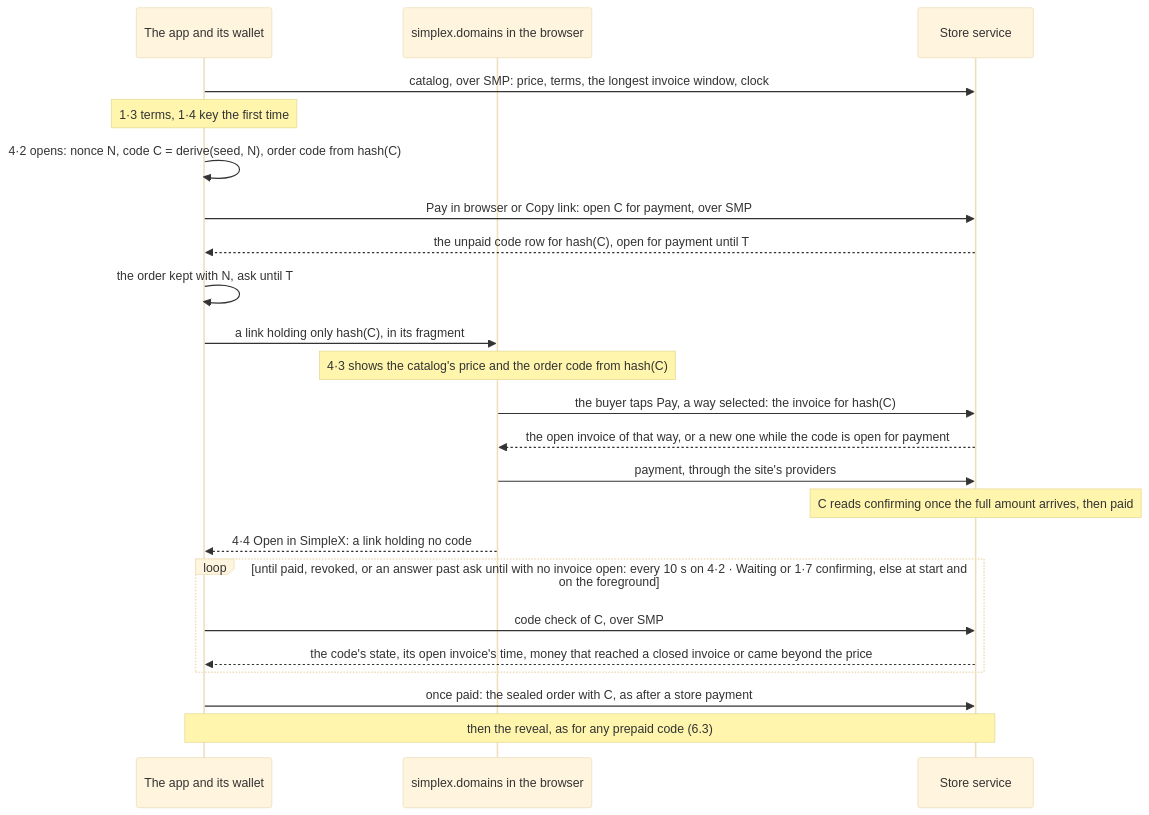
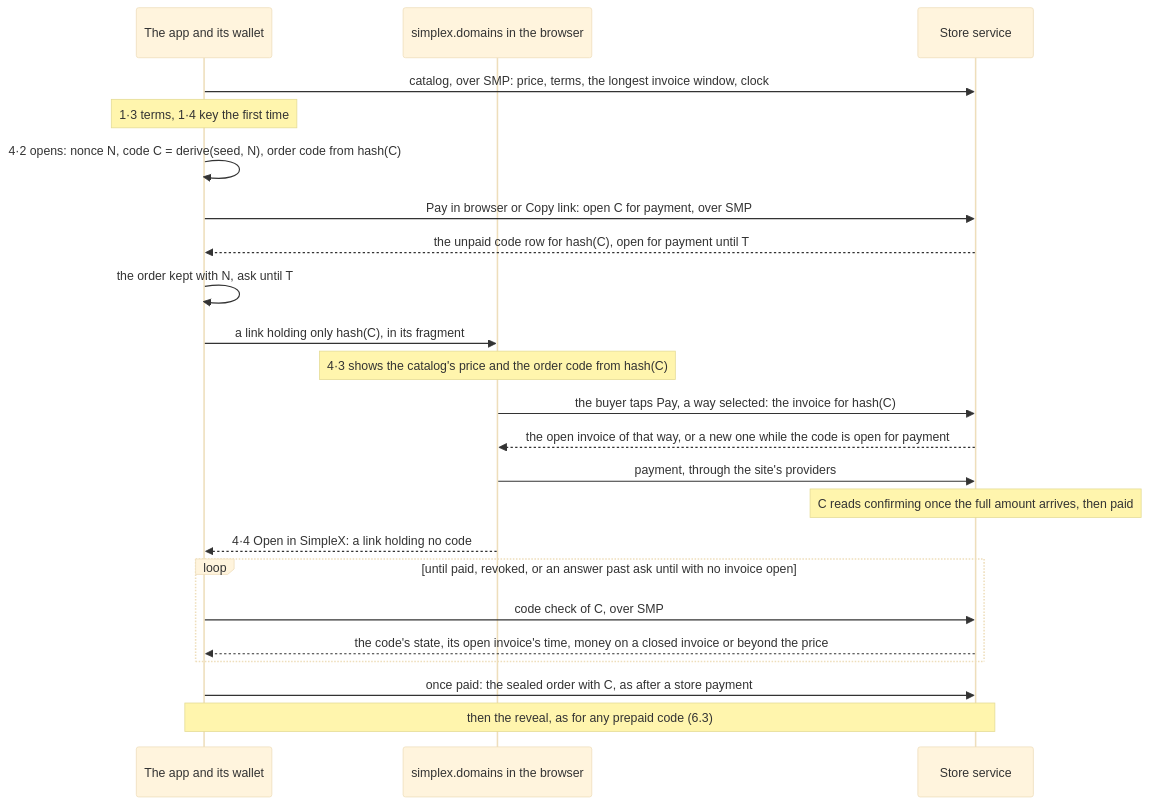
Before and after one commit to simplex-chat/simplex-chat: the sixth of 8 diagrams in plans/2026-10-30-names-in-app-purchases.md, drawn with Mermaid (base theme). The commit also changed other lines of this file, not shown here.

````diff
--- a/plans/2026-10-30-names-in-app-purchases.md
+++ b/plans/2026-10-30-names-in-app-purchases.md
@@ -754,25 +962,25 @@
 ```mermaid
 sequenceDiagram
   participant App as The app and its wallet
   participant Page as simplex.domains in the browser
   participant Svc as Store service
   App->>Svc: catalog, over SMP: price, terms, the longest invoice window, clock
   Note over App: 1·3 terms, 1·4 key the first time
   App->>App: 4·2 opens: nonce N, code C = derive(seed, N), order code from hash(C)
   App->>Svc: Pay in browser or Copy link: open C for payment, over SMP
   Svc-->>App: the unpaid code row for hash(C), open for payment until T
   App->>App: the order kept with N, ask until T
   App->>Page: a link holding only hash(C), in its fragment
   Note over Page: 4·3 shows the catalog's price and the order code from hash(C)
   Page->>Svc: the buyer taps Pay, a way selected: the invoice for hash(C)
   Svc-->>Page: the open invoice of that way, or a new one while the code is open for payment
   Page->>Svc: payment, through the site's providers
   Note over Svc: C reads confirming once the full amount arrives, then paid
   Page-->>App: 4·4 Open in SimpleX: a link holding no code
-  loop until paid, revoked, or an answer past ask until with no invoice open: every 10 s on 4·2 · Waiting or 1·7 confirming, else at start and on the foreground
+  loop until paid, revoked, or an answer past ask until with no invoice open
     App->>Svc: code check of C, over SMP
-    Svc-->>App: the code's state, its open invoice's time, money that reached a closed invoice or came beyond the price
+    Svc-->>App: the code's state, its open invoice's time, money on a closed invoice or beyond the price
   end
   App->>Svc: once paid: the sealed order with C, as after a store payment
   Note over App,Svc: then the reveal, as for any prepaid code (6.3)
 ```
````
